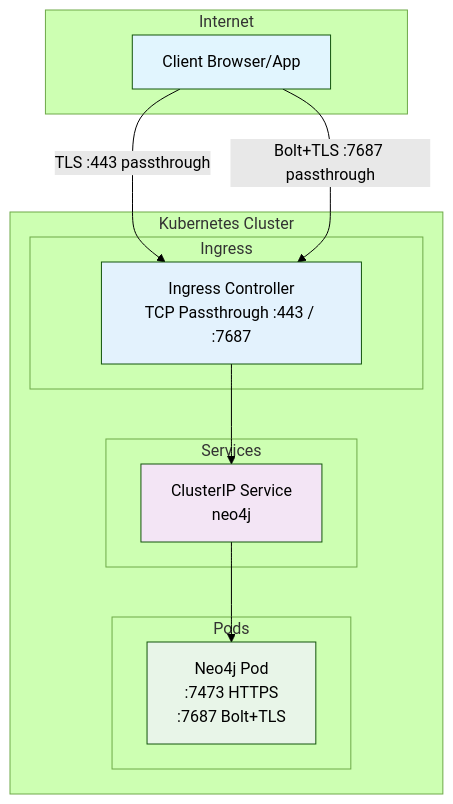
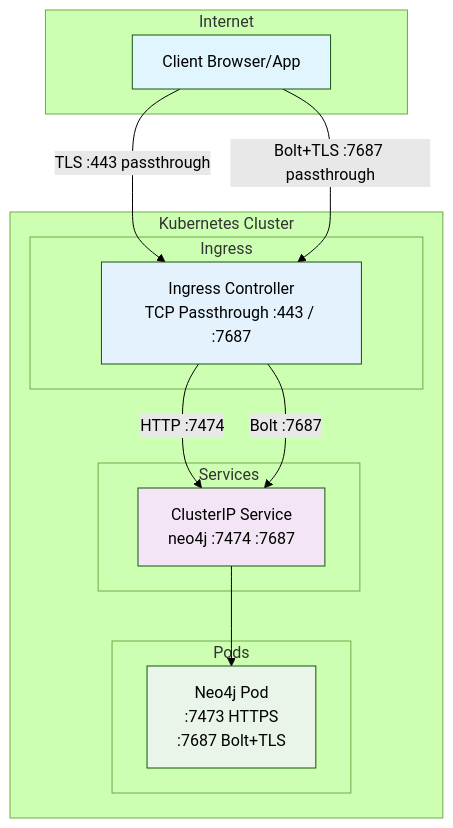
One commit to chboudry/neo4j-kubernetes changed the third of 6 diagrams in readme_network.md. Above: the diagram before and after it, drawn with Mermaid (forest theme). The commit also changed other lines of this file, not shown here.

Commit message:
Update network architecture diagrams in README to clarify service configurations and improve accuracy of port mappings

````diff
--- a/readme_network.md
+++ b/readme_network.md
@@ -148,28 +149,30 @@
 ```mermaid
 graph TB
     subgraph "Internet"
         Client[Client Browser/App]
     end
 
     subgraph "Kubernetes Cluster"
         subgraph "Ingress"
             IC[Ingress Controller<br/>TCP Passthrough :443 / :7687]
         end
         subgraph "Services"
-            Neo4jSvc[ClusterIP Service<br/>neo4j]
+            Neo4jSvc[ClusterIP Service<br/>neo4j :7474 :7687]
         end
         subgraph "Pods"
             Neo4j[Neo4j Pod<br/>:7473 HTTPS<br/>:7687 Bolt+TLS]
         end
     end
 
     Client -->|TLS :443 passthrough| IC
     Client -->|Bolt+TLS :7687 passthrough| IC
-    IC --> Neo4jSvc
+    IC -->|HTTP :7474| Neo4jSvc
+    IC -->|Bolt :7687| Neo4jSvc
     Neo4jSvc --> Neo4j
 
     style Client fill:#e1f5fe
     style IC fill:#e3f2fd
     style Neo4jSvc fill:#f3e5f5
     style Neo4j fill:#e8f5e8
+
 ```
````
